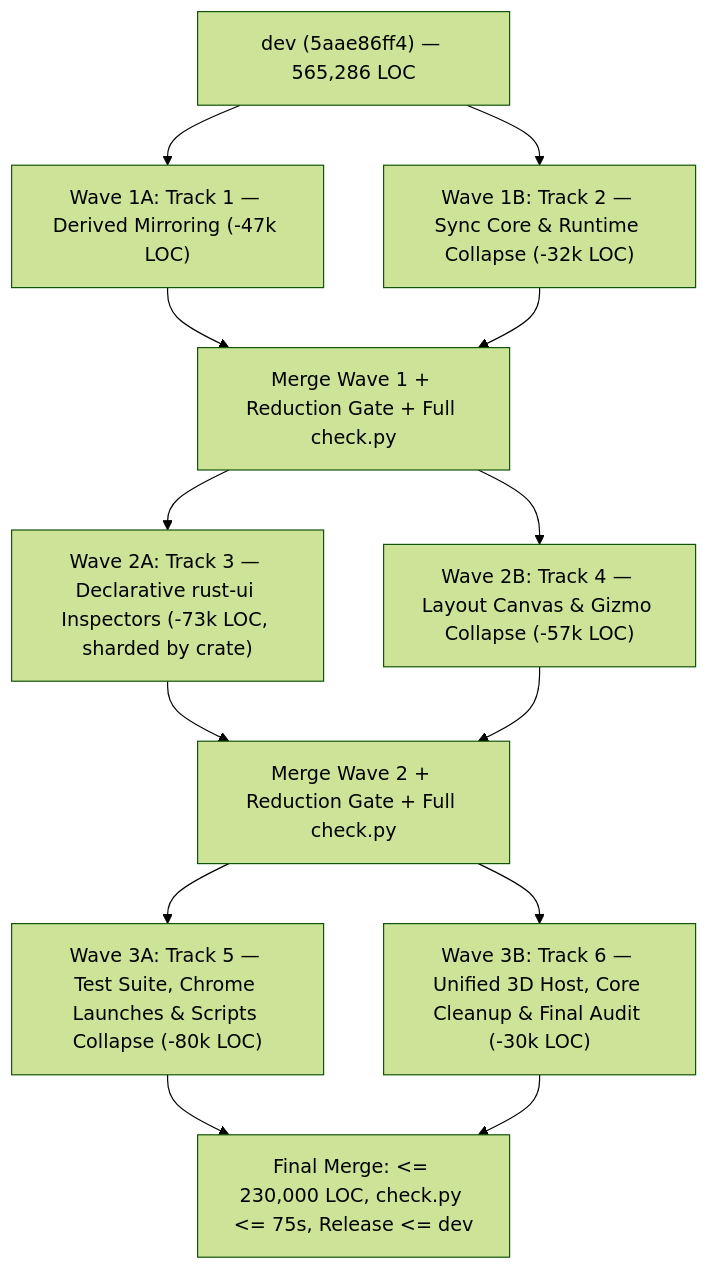
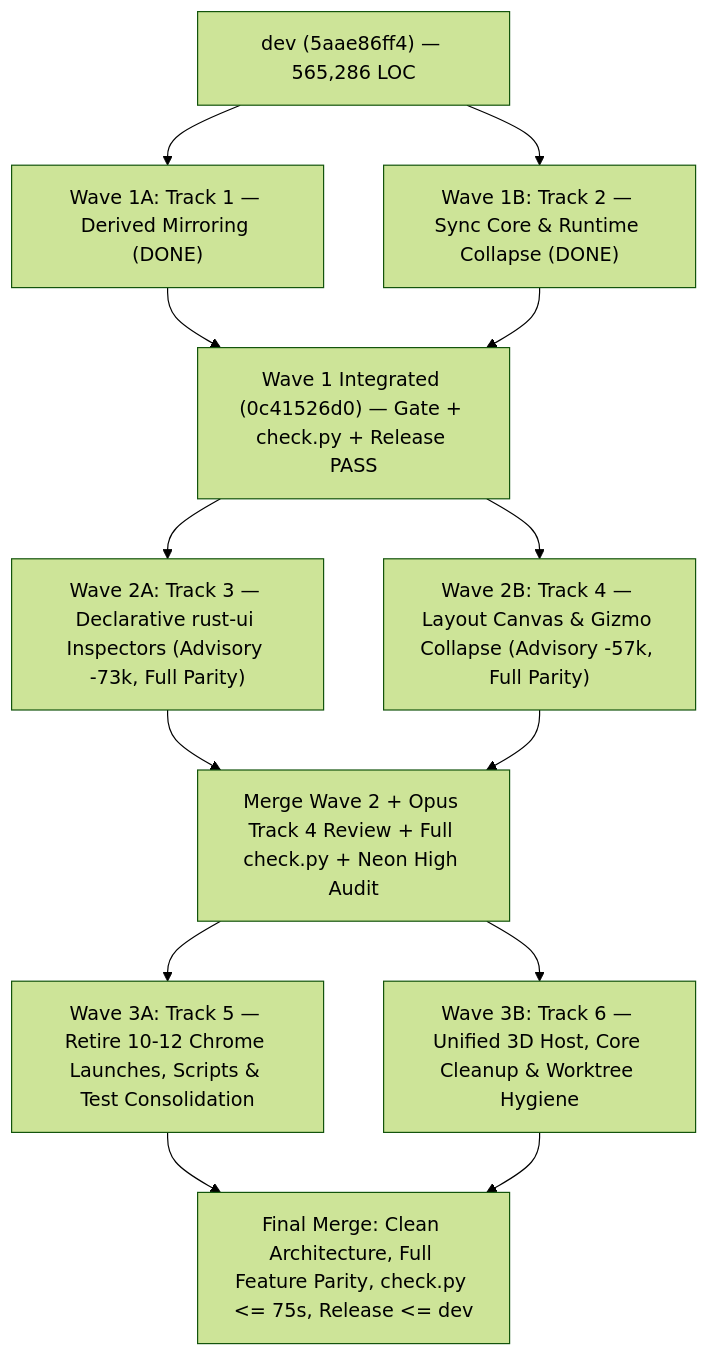
The diagram in docs/plans/clean-slate-reduction/README.md (runinit/boardstudio), drawn with Mermaid (forest theme) before and after one commit. The commit also changed other lines of this file and 6 other files, not shown here.

Commit message:
docs(plans): preserve features and make LOC quotas advisory

````diff
--- a/docs/plans/clean-slate-reduction/README.md
+++ b/docs/plans/clean-slate-reduction/README.md
@@ -74,15 +73,15 @@
 ```mermaid
 flowchart TD
-    DEV["dev (5aae86ff4) — 565,286 LOC"] --> T1["Wave 1A: Track 1 — Derived Mirroring (-47k LOC)"]
-    DEV --> T2["Wave 1B: Track 2 — Sync Core & Runtime Collapse (-32k LOC)"]
-    T1 --> M1["Merge Wave 1 + Reduction Gate + Full check.py"]
+    DEV["dev (5aae86ff4) — 565,286 LOC"] --> T1["Wave 1A: Track 1 — Derived Mirroring (DONE)"]
+    DEV --> T2["Wave 1B: Track 2 — Sync Core & Runtime Collapse (DONE)"]
+    T1 --> M1["Wave 1 Integrated (0c41526d0) — Gate + check.py + Release PASS"]
     T2 --> M1
-    M1 --> T3["Wave 2A: Track 3 — Declarative rust-ui Inspectors (-73k LOC, sharded by crate)"]
-    M1 --> T4["Wave 2B: Track 4 — Layout Canvas & Gizmo Collapse (-57k LOC)"]
-    T3 --> M2["Merge Wave 2 + Reduction Gate + Full check.py"]
+    M1 --> T3["Wave 2A: Track 3 — Declarative rust-ui Inspectors (Advisory -73k, Full Parity)"]
+    M1 --> T4["Wave 2B: Track 4 — Layout Canvas & Gizmo Collapse (Advisory -57k, Full Parity)"]
+    T3 --> M2["Merge Wave 2 + Opus Track 4 Review + Full check.py + Neon High Audit"]
     T4 --> M2
-    M2 --> T5["Wave 3A: Track 5 — Test Suite, Chrome Launches & Scripts Collapse (-80k LOC)"]
-    M2 --> T6["Wave 3B: Track 6 — Unified 3D Host, Core Cleanup & Final Audit (-30k LOC)"]
-    T5 --> FINAL["Final Merge: <= 230,000 LOC, check.py <= 75s, Release <= dev"]
+    M2 --> T5["Wave 3A: Track 5 — Retire 10-12 Chrome Launches, Scripts & Test Consolidation"]
+    M2 --> T6["Wave 3B: Track 6 — Unified 3D Host, Core Cleanup & Worktree Hygiene"]
+    T5 --> FINAL["Final Merge: Clean Architecture, Full Feature Parity, check.py <= 75s, Release <= dev"]
     T6 --> FINAL
 ```
````
